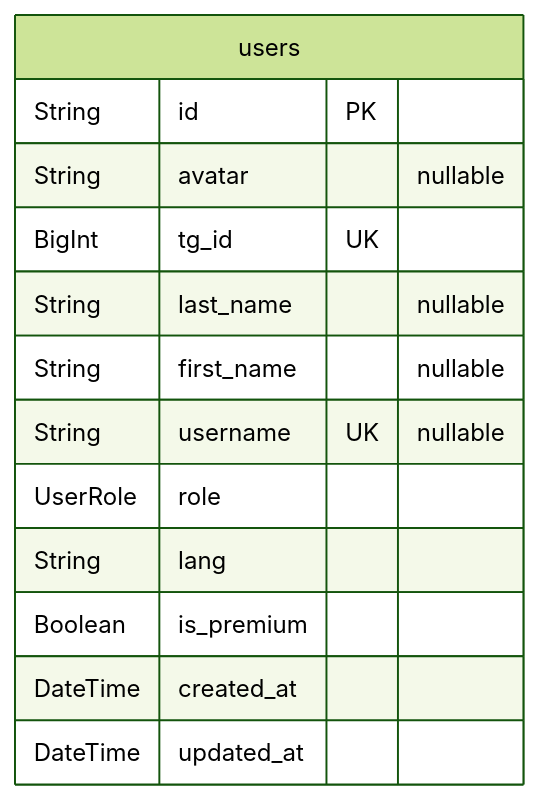
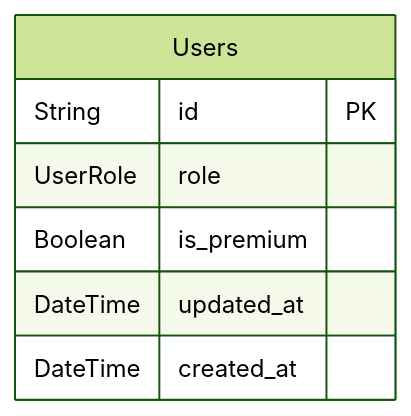
One commit to NeatDeveloper/Thodle changed the second of 3 diagrams in packages/db/prisma/DatabaseSchema.md. Above: the diagram before and after it, drawn with Mermaid (forest theme). The commit also changed other lines of this file and 20 other files, not shown here.

````diff
--- a/packages/db/prisma/DatabaseSchema.md
+++ b/packages/db/prisma/DatabaseSchema.md
@@ -168,16 +172,10 @@
 ```mermaid
 erDiagram
-"users" {
+"Users" {
   String id PK
-  String avatar "nullable"
-  BigInt tg_id UK
-  String last_name "nullable"
-  String first_name "nullable"
-  String username UK "nullable"
   UserRole role
-  String lang
   Boolean is_premium
+  DateTime updated_at
   DateTime created_at
-  DateTime updated_at
 }
 ```
````
